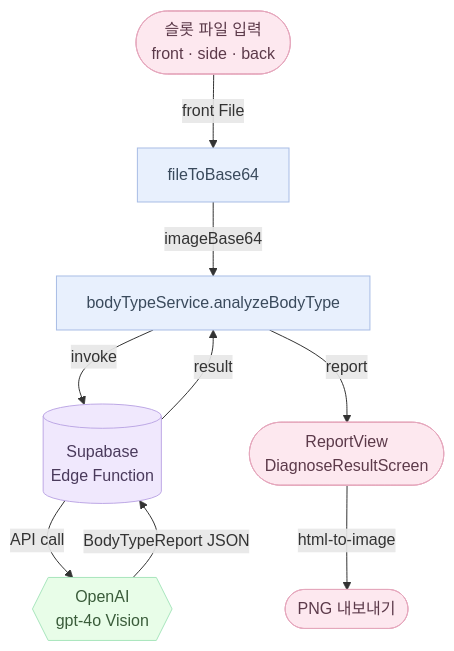
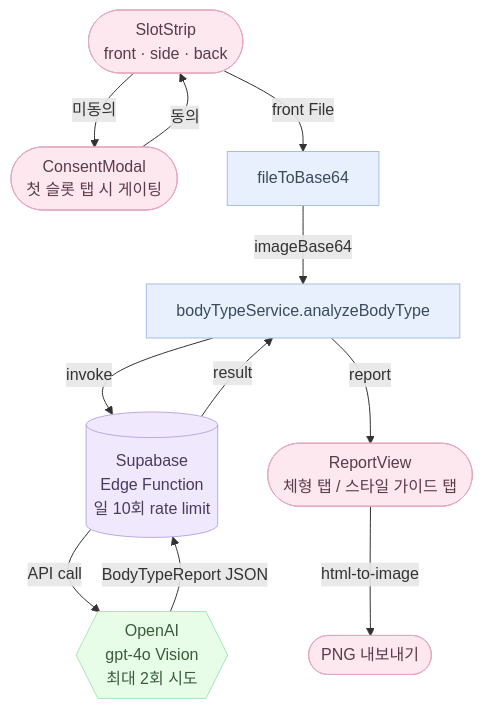
Before and after one commit to soojjung/dwee-wellness-tracker: the second of 2 diagrams in docs/flows/diagnose.md, drawn with Mermaid. The commit also changed other lines of this file and 21 other files, not shown here.

First line of the commit message:
feat(diagnose): Figma redesign + mobile shell + edge fn hardening (#21)

````diff
--- a/docs/flows/diagnose.md
+++ b/docs/flows/diagnose.md
@@ -85,28 +105,31 @@
 ```mermaid
 flowchart TD
-    Picker([슬롯 파일 입력\nfront · side · back])
+    Picker([SlotStrip\nfront · side · back])
+    Consent([ConsentModal\n첫 슬롯 탭 시 게이팅])
     Base64[fileToBase64]
     Service[bodyTypeService.analyzeBodyType]
-    EdgeFn[(Supabase\nEdge Function)]
-    OpenAI{{OpenAI\ngpt-4o Vision}}
-    Report([ReportView\nDiagnoseResultScreen])
+    EdgeFn[(Supabase\nEdge Function\n일 10회 rate limit)]
+    OpenAI{{OpenAI\ngpt-4o Vision\n최대 2회 시도}}
+    Report([ReportView\n체형 탭 / 스타일 가이드 탭])
     PNG([PNG 내보내기])
 
+    Picker -->|미동의| Consent
+    Consent -->|동의| Picker
     Picker -->|front File| Base64
     Base64 -->|imageBase64| Service
     Service -->|invoke| EdgeFn
     EdgeFn -->|API call| OpenAI
     OpenAI -->|BodyTypeReport JSON| EdgeFn
     EdgeFn -->|result| Service
     Service -->|report| Report
     Report -->|html-to-image| PNG
 
     classDef ui fill:#FDE8EF,stroke:#E5A8BD,color:#5C3A4A;
     classDef logic fill:#E8F0FD,stroke:#A8BDE5,color:#3A4A5C;
     classDef store fill:#F0E8FD,stroke:#BDA8E5,color:#4A3A5C;
     classDef ext fill:#E8FDE8,stroke:#A8E5BD,color:#3A5C3A;
-    class Picker,Report,PNG ui;
+    class Picker,Consent,Report,PNG ui;
     class Base64,Service logic;
     class EdgeFn store;
     class OpenAI ext;
 ```
````
